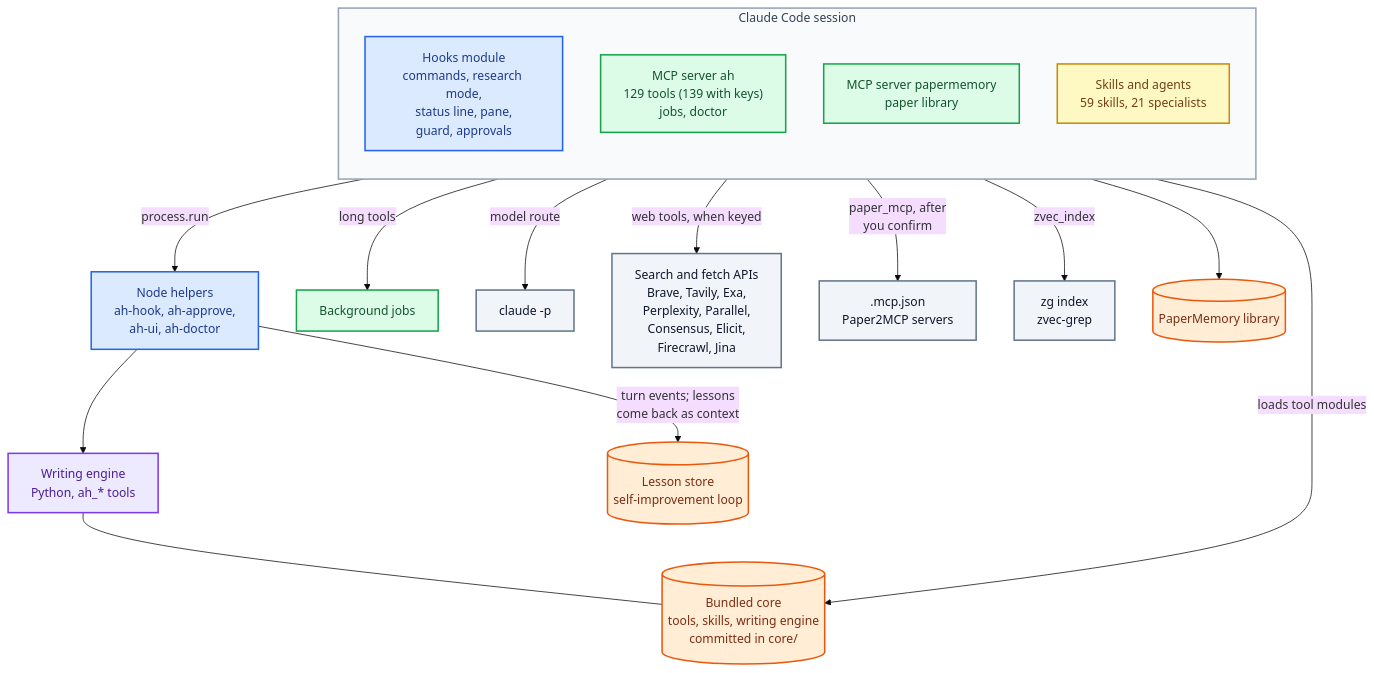
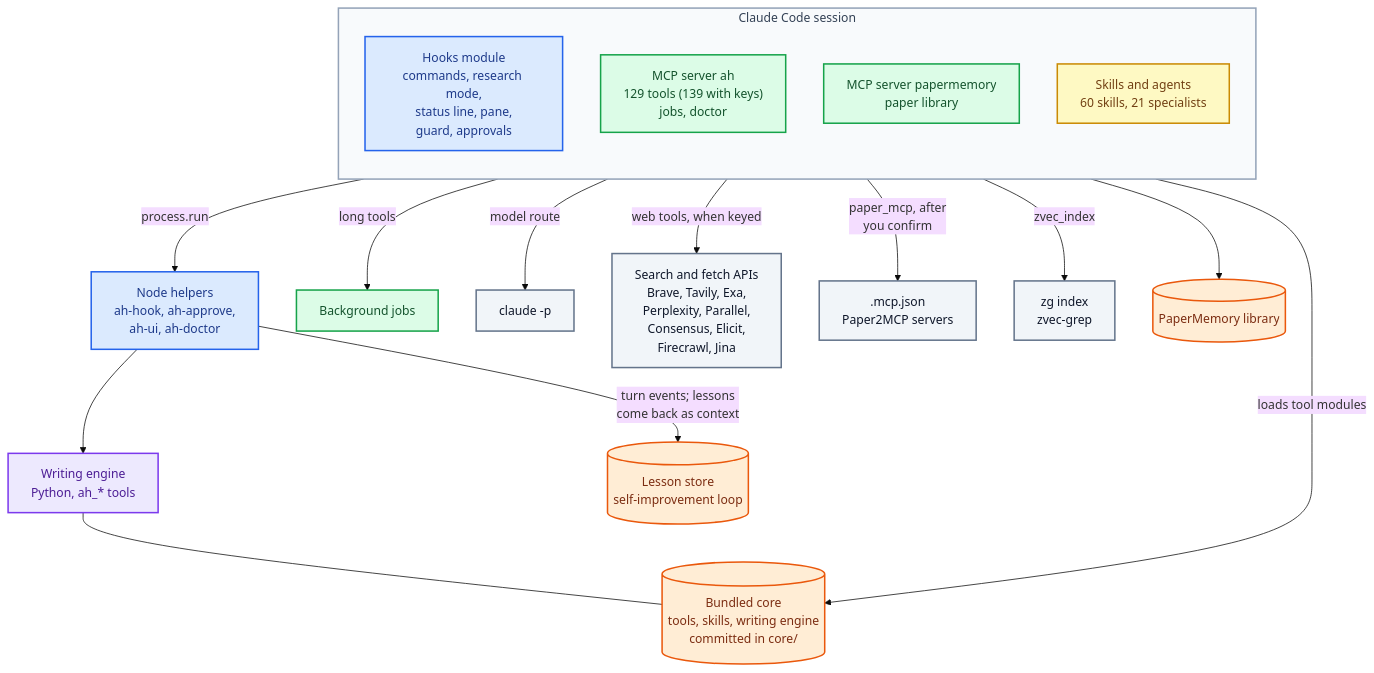
The diagram in docs/assets/architecture.mmd (raktim-mondol/cc-mod-academic-harness), drawn with Mermaid (base theme) before and after one commit. The commit also changed 2 other files, not shown here.

Commit message:
Correct the skill count: 60, not 59, in the changelog and the architecture diagram
The live matrix (tests/live/p1.mjs, fit.mjs) and skills/ both count 60 skills (55 in 0.6.1, plus agent-browser, modal, runpod, vastai and
using-science-superpowers). The diagram is re-rendered with Pele 1.6.0, byte for byte what the documented command makes from the source.

Claude-Session: https://claude.ai/code/session_01HTj4r3KxAMT3YeKgUFC1n4

```diff
--- a/docs/assets/architecture.mmd
+++ b/docs/assets/architecture.mmd
@@ -1,33 +1,33 @@
 flowchart TB
   subgraph CC["Claude Code session"]
     direction TB
     H["Hooks module<br/>commands, research mode,<br/>status line, pane,<br/>guard, approvals"]
     AH["MCP server ah<br/>129 tools (139 with keys)<br/>jobs, doctor"]
     PM["MCP server papermemory<br/>paper library"]
-    SK["Skills and agents<br/>59 skills, 21 specialists"]
+    SK["Skills and agents<br/>60 skills, 21 specialists"]
   end
   H -->|"process.run"| BIN["Node helpers<br/>ah-hook, ah-approve,<br/>ah-ui, ah-doctor"]
   BIN --> ENG["Writing engine<br/>Python, ah_* tools"]
   BIN -->|"turn events; lessons<br/>come back as context"| RSI[("Lesson store<br/>self-improvement loop")]
   AH -->|"loads tool modules"| UP[("Bundled core<br/>tools, skills, writing engine<br/>committed in core/")]
   AH -->|"long tools"| JOBS["Background jobs"]
   AH -->|"model route"| CLI["claude -p"]
   AH -->|"web tools, when keyed"| NET["Search and fetch APIs<br/>Brave, Tavily, Exa,<br/>Perplexity, Parallel,<br/>Consensus, Elicit,<br/>Firecrawl, Jina"]
   AH -->|"paper_mcp, after<br/>you confirm"| MCPJ[".mcp.json<br/>Paper2MCP servers"]
   AH -->|"zvec_index"| ZG["zg index<br/>zvec-grep"]
   ENG --- UP
   PM --> LIB[("PaperMemory library")]
 
   classDef hooks fill:#dbeafe,stroke:#2563eb,stroke-width:2px,color:#1e3a8a
   classDef server fill:#dcfce7,stroke:#16a34a,stroke-width:2px,color:#14532d
   classDef content fill:#fef9c3,stroke:#ca8a04,stroke-width:2px,color:#713f12
   classDef engine fill:#ede9fe,stroke:#7c3aed,stroke-width:2px,color:#4c1d95
   classDef store fill:#ffedd5,stroke:#ea580c,stroke-width:2px,color:#7c2d12
   classDef outside fill:#f1f5f9,stroke:#64748b,stroke-width:2px,color:#0f172a
   class H,BIN hooks
   class AH,PM,JOBS server
   class SK content
   class ENG engine
   class UP,LIB,RSI store
   class CLI,NET,MCPJ,ZG outside
   style CC fill:#f8fafc,stroke:#94a3b8,stroke-width:2px,color:#334155
```
